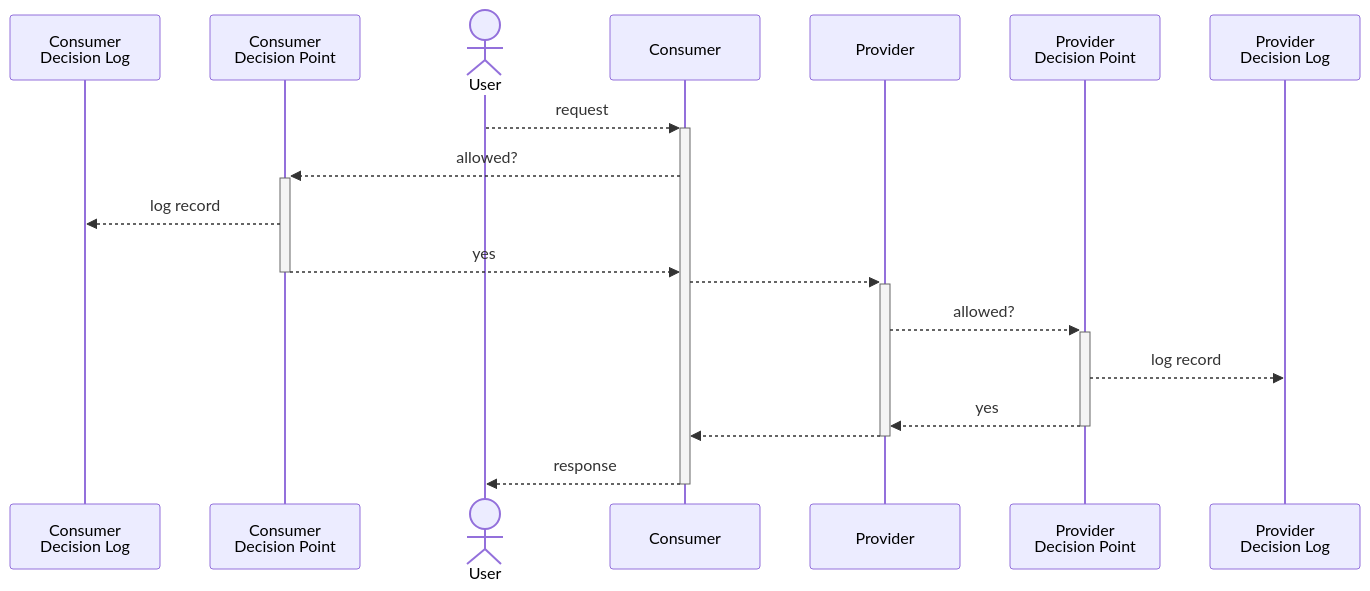
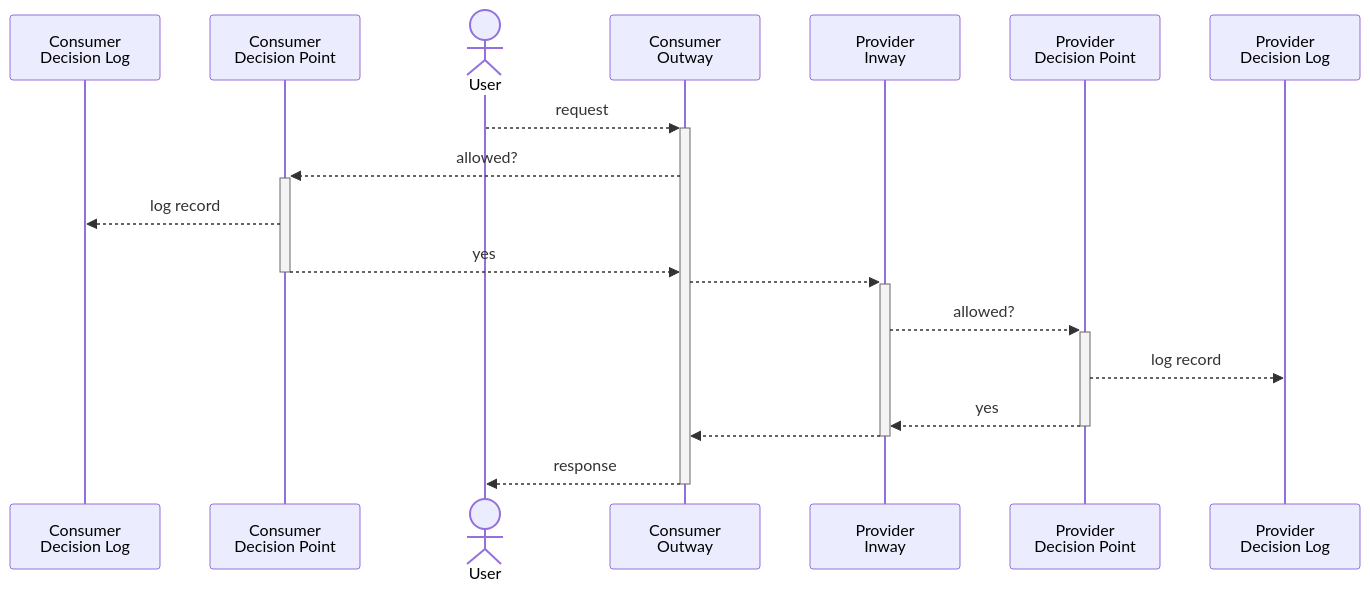
One commit to VNG-Realisatie/authorization-decision-log changed the diagram in images/federated-logging.mmd. Above: the diagram before and after it, drawn with Mermaid. The commit also changed 3 other files, not shown here.

```diff
--- a/images/federated-logging.mmd
+++ b/images/federated-logging.mmd
@@ -1,18 +1,18 @@
 sequenceDiagram
     participant ConsumerADL as Consumer<br/>Decision Log
     participant ConsumerPDP as Consumer<br/>Decision Point
     actor User
-    participant Consumer
-    participant Provider
+    participant Consumer as Consumer<br/>Outway
+    participant Provider as Provider<br/>Inway
     participant ProviderPDP as Provider<br/>Decision Point
     participant ProviderADL as Provider<br/>Decision Log
     User-->>+Consumer: request
     Consumer-->>+ConsumerPDP:allowed?
     ConsumerPDP-->>ConsumerADL:log record
     ConsumerPDP-->>-Consumer:yes
     Consumer-->>+Provider: 
     Provider-->>+ProviderPDP: allowed?
     ProviderPDP-->>ProviderADL:log record
     ProviderPDP-->>-Provider: yes
     Provider-->>-Consumer: 
     Consumer-->>-User: response
```
